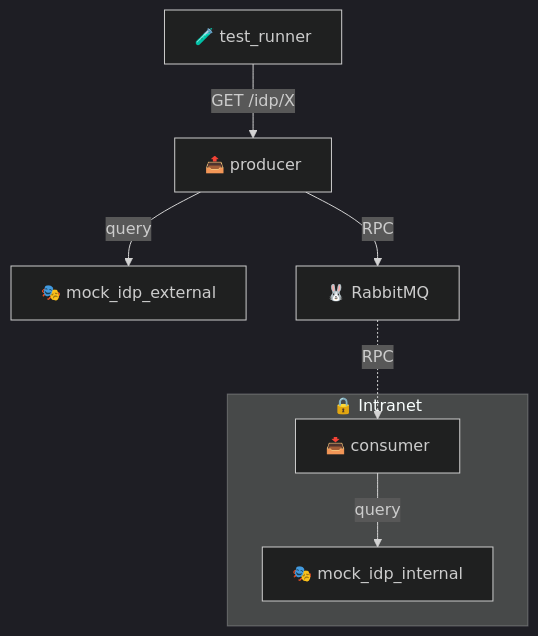
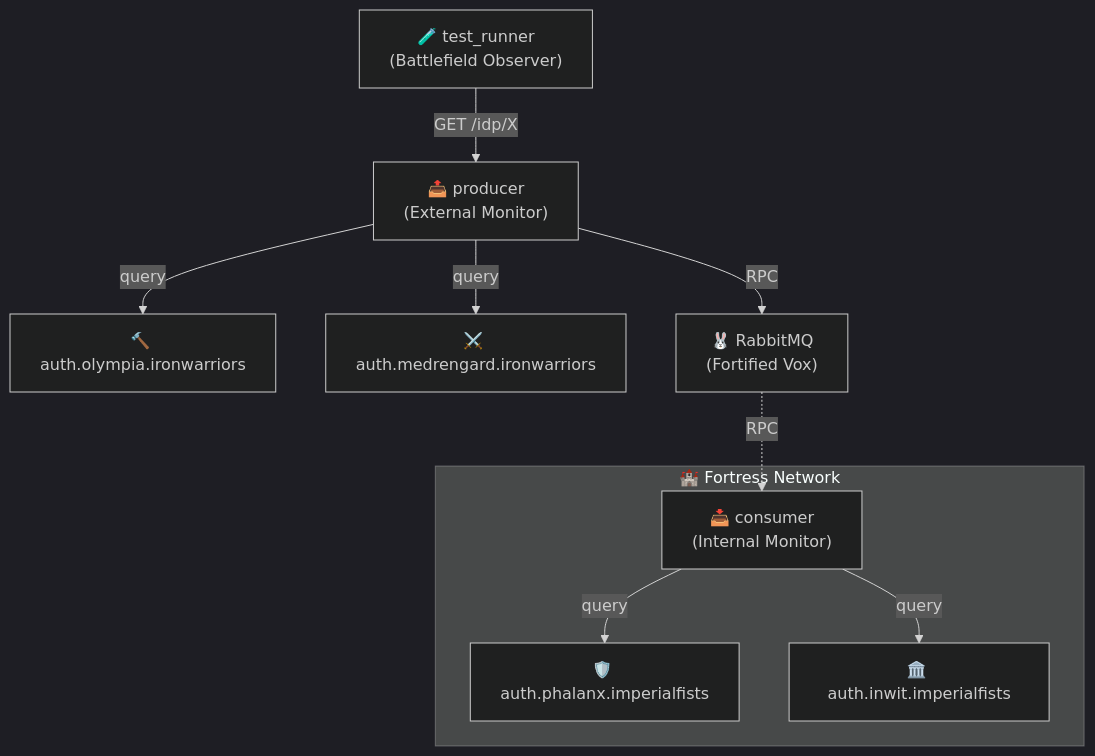
The diagram in examples/idp_proxy_middleware/README.md (proconnect-gouv/idp-status-monitoring), drawn with Mermaid (dark theme) before and after one commit. The commit also changed other lines of this file and 25 other files, not shown here.

````diff
--- a/examples/idp_proxy_middleware/README.md
+++ b/examples/idp_proxy_middleware/README.md
@@ -5,18 +7,22 @@
 ```mermaid
 graph TB
-    test["🧪 test_runner"]
-    producer["📤 producer"]
-    mock_ext["🎭 mock_idp_external"]
-    rabbitmq["🐰 RabbitMQ"]
+    test["🧪 test_runner<br/>(Battlefield Observer)"]
+    producer["📤 producer<br/>(External Monitor)"]
+    olympia["🔨 auth.olympia.ironwarriors"]
+    medrengard["⚔️ auth.medrengard.ironwarriors"]
+    rabbitmq["🐰 RabbitMQ<br/>(Fortified Vox)"]
 
-    subgraph intranet["🔒 Intranet"]
-        consumer["📥 consumer"]
-        mock_int["🎭 mock_idp_internal"]
+    subgraph fortress["🏰 Fortress Network"]
+        consumer["📥 consumer<br/>(Internal Monitor)"]
+        phalanx["🛡️ auth.phalanx.imperialfists"]
+        inwit["🏛️ auth.inwit.imperialfists"]
     end
 
     test -->|GET /idp/X| producer
-    producer -->|query| mock_ext
+    producer -->|query| olympia
+    producer -->|query| medrengard
     producer -->|RPC| rabbitmq
     rabbitmq -.->|RPC| consumer
-    consumer -->|query| mock_int
+    consumer -->|query| phalanx
+    consumer -->|query| inwit
 ```
````
